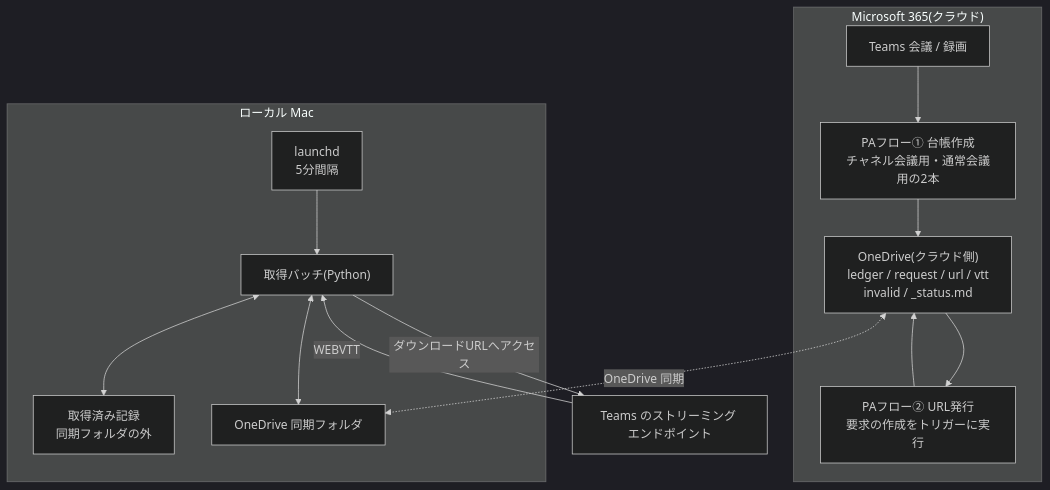
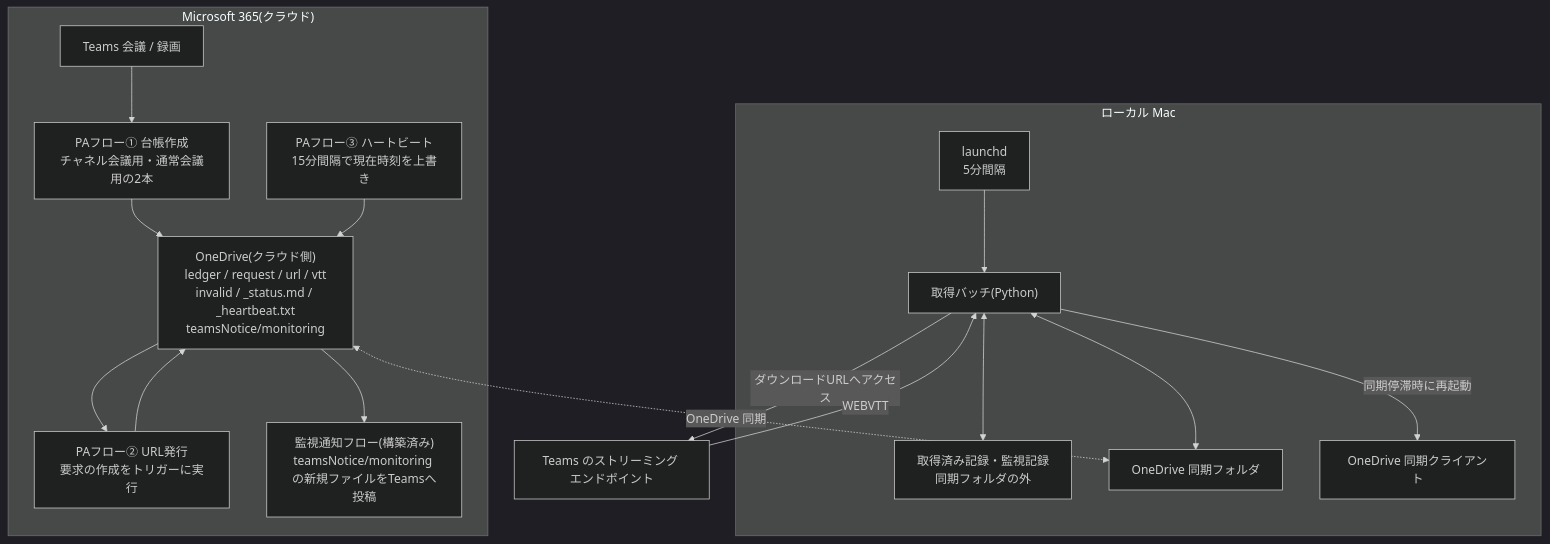
The second of 2 diagrams in apps/teams-transcript-fetcher/specs/architecture.md (dnode-ryosuke-yamazaki/study), drawn with Mermaid (dark theme) before and after one commit. The commit also changed other lines of this file and 3 other files, not shown here.

First line of the commit message:
docs(teams-transcript-fetcher): 仕様承認: OneDrive同期停滞の検知と自動復旧 (#47)

````diff
--- a/apps/teams-transcript-fetcher/specs/architecture.md
+++ b/apps/teams-transcript-fetcher/specs/architecture.md
@@ -79,27 +80,33 @@
 ```mermaid
 flowchart TD
     subgraph cloud["Microsoft 365(クラウド)"]
         TEAMS["Teams 会議 / 録画"]
         PA1["PAフロー① 台帳作成<br/>チャネル会議用・通常会議用の2本"]
         PA2["PAフロー② URL発行<br/>要求の作成をトリガーに実行"]
-        ODC["OneDrive(クラウド側)<br/>ledger / request / url / vtt<br/>invalid / _status.md"]
+        PA3["PAフロー③ ハートビート<br/>15分間隔で現在時刻を上書き"]
+        PA4["監視通知フロー(構築済み)<br/>teamsNotice/monitoring の新規ファイルをTeamsへ投稿"]
+        ODC["OneDrive(クラウド側)<br/>ledger / request / url / vtt<br/>invalid / _status.md / _heartbeat.txt<br/>teamsNotice/monitoring"]
     end
 
     subgraph mac["ローカル Mac"]
         LAUNCHD["launchd<br/>5分間隔"]
         BATCH["取得バッチ(Python)"]
-        STATE["取得済み記録<br/>同期フォルダの外"]
+        STATE["取得済み記録・監視記録<br/>同期フォルダの外"]
         ODL["OneDrive 同期フォルダ"]
+        ODPROC["OneDrive 同期クライアント"]
     end
 
     EXT["Teams のストリーミング エンドポイント"]
 
     TEAMS --> PA1 --> ODC
     ODC <-. OneDrive 同期 .-> ODL
     LAUNCHD --> BATCH
     BATCH <--> ODL
     BATCH <--> STATE
     BATCH -- ダウンロードURLへアクセス --> EXT
     EXT -- WEBVTT --> BATCH
     ODC --> PA2 --> ODC
+    PA3 --> ODC
+    ODC --> PA4
+    BATCH -- 同期停滞時に再起動 --> ODPROC
 ```
````
